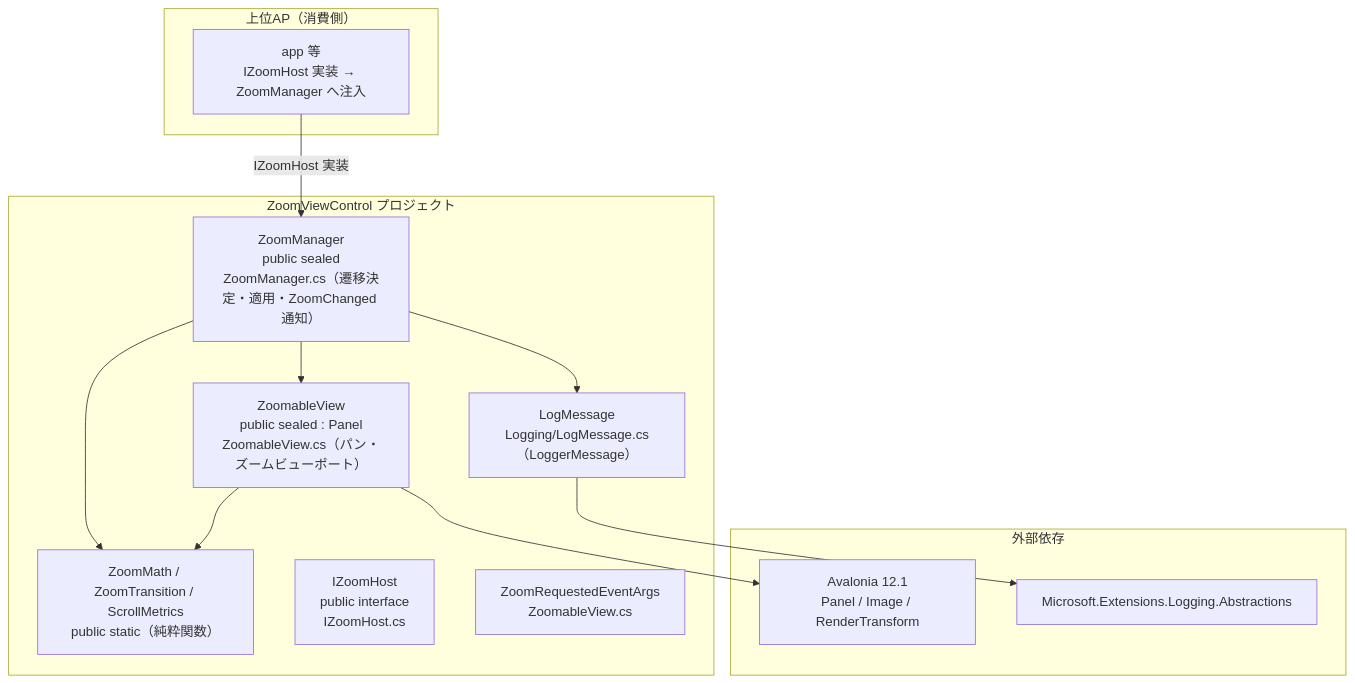
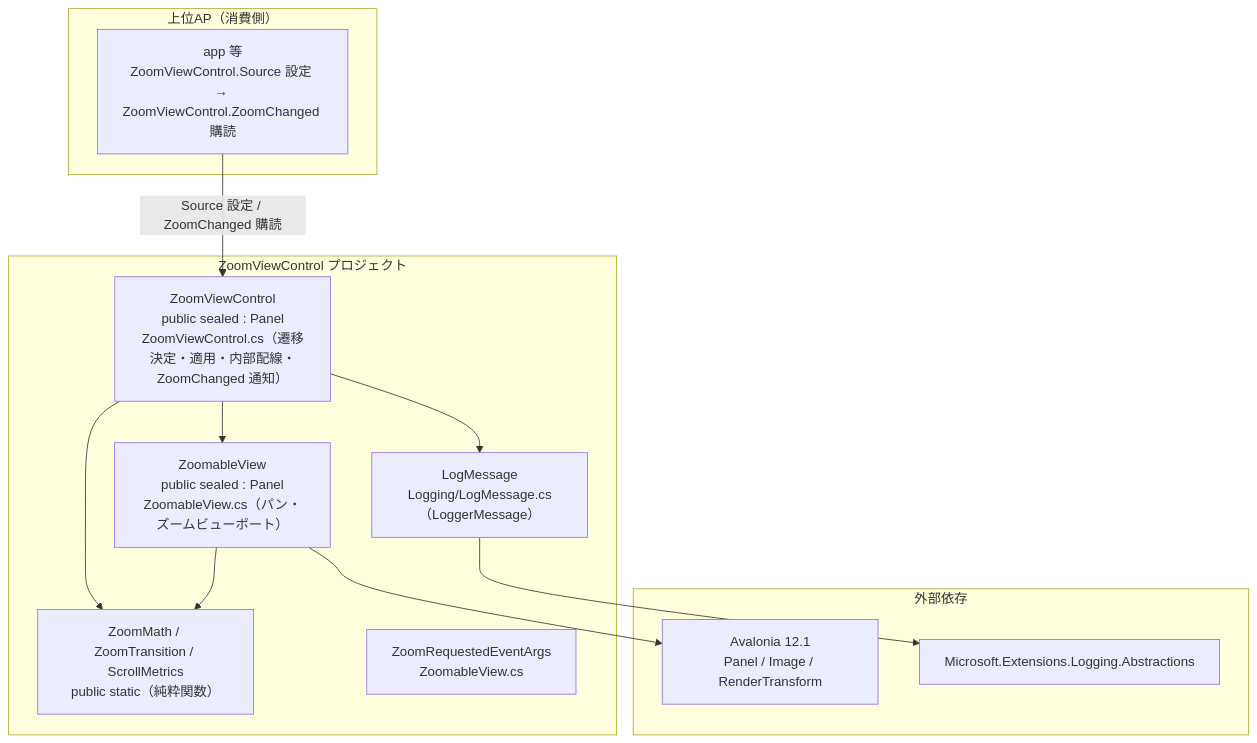
One commit to tomokuni/SaveEvidence changed the diagram in src/ZoomViewControl/SPEC_System.md. Above: the diagram before and after it, drawn with Mermaid. The commit also changed other lines of this file and 43 other files, not shown here.

First line of the commit message:
Add ZoomViewControl with zoom functionality and event handling

````diff
--- a/src/ZoomViewControl/SPEC_System.md
+++ b/src/ZoomViewControl/SPEC_System.md
@@ -78,26 +78,25 @@
 ```mermaid
 flowchart TB
     subgraph ZVC["ZoomViewControl プロジェクト"]
-        ZM["ZoomManager<br/>public sealed<br/>ZoomManager.cs（遷移決定・適用・ZoomChanged 通知）"]
+        ZVW["ZoomViewControl<br/>public sealed : Panel<br/>ZoomViewControl.cs（遷移決定・適用・内部配線・ZoomChanged 通知）"]
         ZV["ZoomableView<br/>public sealed : Panel<br/>ZoomableView.cs（パン・ズームビューポート）"]
         PF["ZoomMath / ZoomTransition / ScrollMetrics<br/>public static（純粋関数）"]
-        IH["IZoomHost<br/>public interface<br/>IZoomHost.cs"]
         EV["ZoomRequestedEventArgs<br/>ZoomableView.cs"]
         LG["LogMessage<br/>Logging/LogMessage.cs（LoggerMessage）"]
     end
     subgraph Host["上位AP（消費側）"]
-        AP["app 等<br/>IZoomHost 実装 → ZoomManager へ注入"]
+        AP["app 等<br/>ZoomViewControl.Source 設定 → ZoomViewControl.ZoomChanged 購読"]
     end
     subgraph Dep["外部依存"]
         AV["Avalonia 12.1<br/>Panel / Image / RenderTransform"]
         LGAB["Microsoft.Extensions.Logging.Abstractions"]
     end
 
-    AP -->|IZoomHost 実装| ZM
-    ZM --> ZV
-    ZM --> PF
+    AP -->|Source 設定 / ZoomChanged 購読| ZVW
+    ZVW --> ZV
+    ZVW --> PF
     ZV --> PF
-    ZM --> LG
+    ZVW --> LG
     ZV --> AV
     LG --> LGAB
 ```
````
